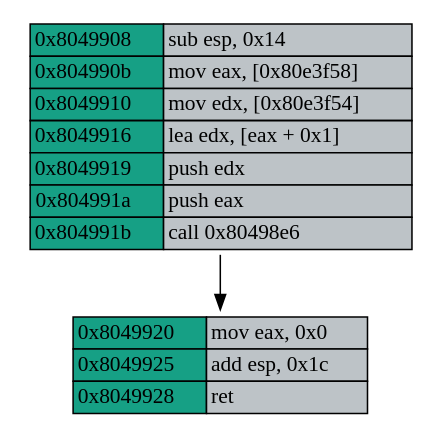
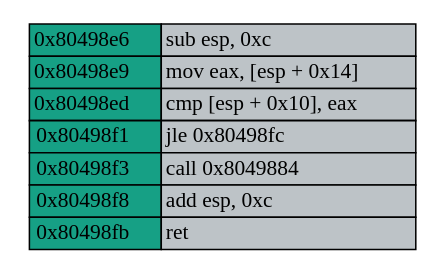
Before and after one commit to Nicolnegg/researh: the diagram in VM/tools-paper/Examples/example-ineq-a>a+1/function_cfg.dot, drawn with Graphviz. The commit also changed 53 other files, not shown here.

```diff
--- a/VM/tools-paper/Examples/example-ineq-a>a+1/function_cfg.dot
+++ b/VM/tools-paper/Examples/example-ineq-a>a+1/function_cfg.dot
@@ -1,23 +1,16 @@
 digraph G {
   node [shape=plaintext, ];
-  692016292 [label=<<table border="0" cellspacing="0">
-<tr><td border="1" bgcolor="#16a085">0x8049908</td><td border="1" bgcolor="#bdc3c7" align="left">sub esp, 0x14</td></tr>
-<tr><td border="1" bgcolor="#16a085">0x804990b</td><td border="1" bgcolor="#bdc3c7" align="left">mov eax, [0x80e3f58]</td></tr>
-<tr><td border="1" bgcolor="#16a085">0x8049910</td><td border="1" bgcolor="#bdc3c7" align="left">mov edx, [0x80e3f54]</td></tr>
-<tr><td border="1" bgcolor="#16a085">0x8049916</td><td border="1" bgcolor="#bdc3c7" align="left">lea edx, [eax + 0x1]</td></tr>
-<tr><td border="1" bgcolor="#16a085">0x8049919</td><td border="1" bgcolor="#bdc3c7" align="left">push edx</td></tr>
-<tr><td border="1" bgcolor="#16a085">0x804991a</td><td border="1" bgcolor="#bdc3c7" align="left">push eax</td></tr>
-<tr><td border="1" bgcolor="#16a085">0x804991b</td><td border="1" bgcolor="#bdc3c7" align="left">call 0x80498e6</td></tr>
-</table>>,
-             ];
-  832510829 [label=<<table border="0" cellspacing="0">
-<tr><td border="1" bgcolor="#16a085">0x8049920</td><td border="1" bgcolor="#bdc3c7" align="left">mov eax, 0x0</td></tr>
-<tr><td border="1" bgcolor="#16a085">0x8049925</td><td border="1" bgcolor="#bdc3c7" align="left">add esp, 0x1c</td></tr>
-<tr><td border="1" bgcolor="#16a085">0x8049928</td><td border="1" bgcolor="#bdc3c7" align="left">ret</td></tr>
+  937280693 [label=<<table border="0" cellspacing="0">
+<tr><td border="1" bgcolor="#16a085">0x80498e6</td><td border="1" bgcolor="#bdc3c7" align="left">sub esp, 0xc</td></tr>
+<tr><td border="1" bgcolor="#16a085">0x80498e9</td><td border="1" bgcolor="#bdc3c7" align="left">mov eax, [esp + 0x14]</td></tr>
+<tr><td border="1" bgcolor="#16a085">0x80498ed</td><td border="1" bgcolor="#bdc3c7" align="left">cmp [esp + 0x10], eax</td></tr>
+<tr><td border="1" bgcolor="#16a085">0x80498f1</td><td border="1" bgcolor="#bdc3c7" align="left">jle 0x80498fc</td></tr>
+<tr><td border="1" bgcolor="#16a085">0x80498f3</td><td border="1" bgcolor="#bdc3c7" align="left">call 0x8049884</td></tr>
+<tr><td border="1" bgcolor="#16a085">0x80498f8</td><td border="1" bgcolor="#bdc3c7" align="left">add esp, 0xc</td></tr>
+<tr><td border="1" bgcolor="#16a085">0x80498fb</td><td border="1" bgcolor="#bdc3c7" align="left">ret</td></tr>
 </table>>,
              ];
   
   
-  692016292 -> 832510829 [minlen=1, ];
   
   }
```
